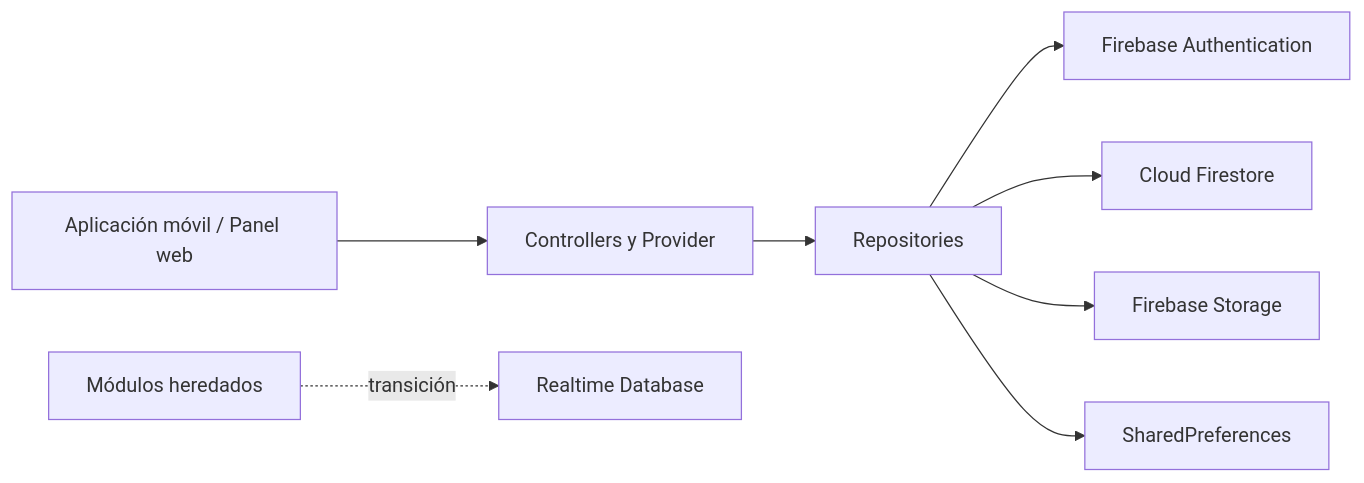
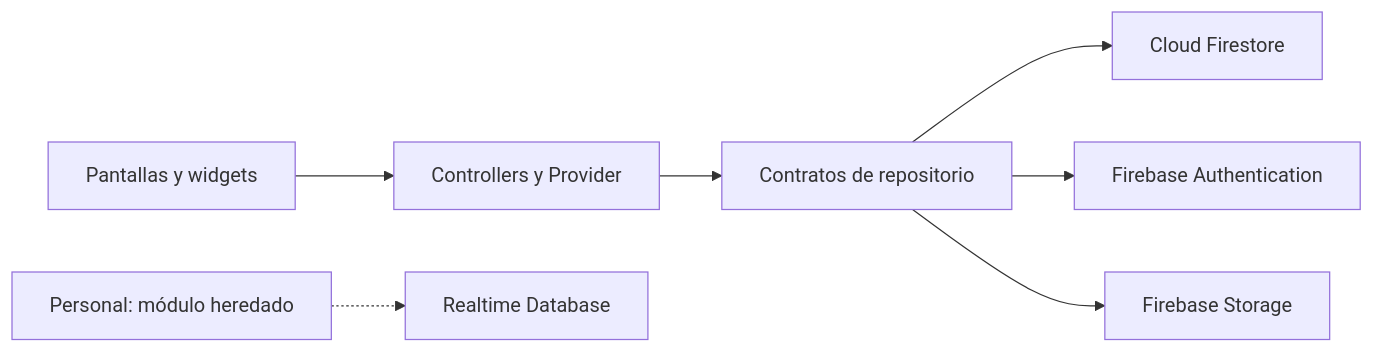
One commit to IsLuis-Dev/Montessori-App changed the diagram in README.md. Above: the diagram before and after it, drawn with Mermaid. The commit also changed other lines of this file and 126 other files, not shown here.

````diff
--- a/README.md
+++ b/README.md
@@ -83,10 +65,9 @@
 ```mermaid
 flowchart LR
-    UI["Aplicación móvil / Panel web"] --> State["Controllers y Provider"]
-    State --> Repo["Repositories"]
-    Repo --> Auth["Firebase Authentication"]
-    Repo --> DB["Cloud Firestore"]
-    Repo --> Files["Firebase Storage"]
-    Repo --> Local["SharedPreferences"]
-    Legacy["Módulos heredados"] -. transición .-> RTDB["Realtime Database"]
+    View["Pantallas y widgets"] --> Controller["Controllers y Provider"]
+    Controller --> Contract["Contratos de repositorio"]
+    Contract --> Firestore["Cloud Firestore"]
+    Contract --> Auth["Firebase Authentication"]
+    Contract --> Storage["Firebase Storage"]
+    Legacy["Personal: módulo heredado"] -.-> RTDB["Realtime Database"]
 ```
````
